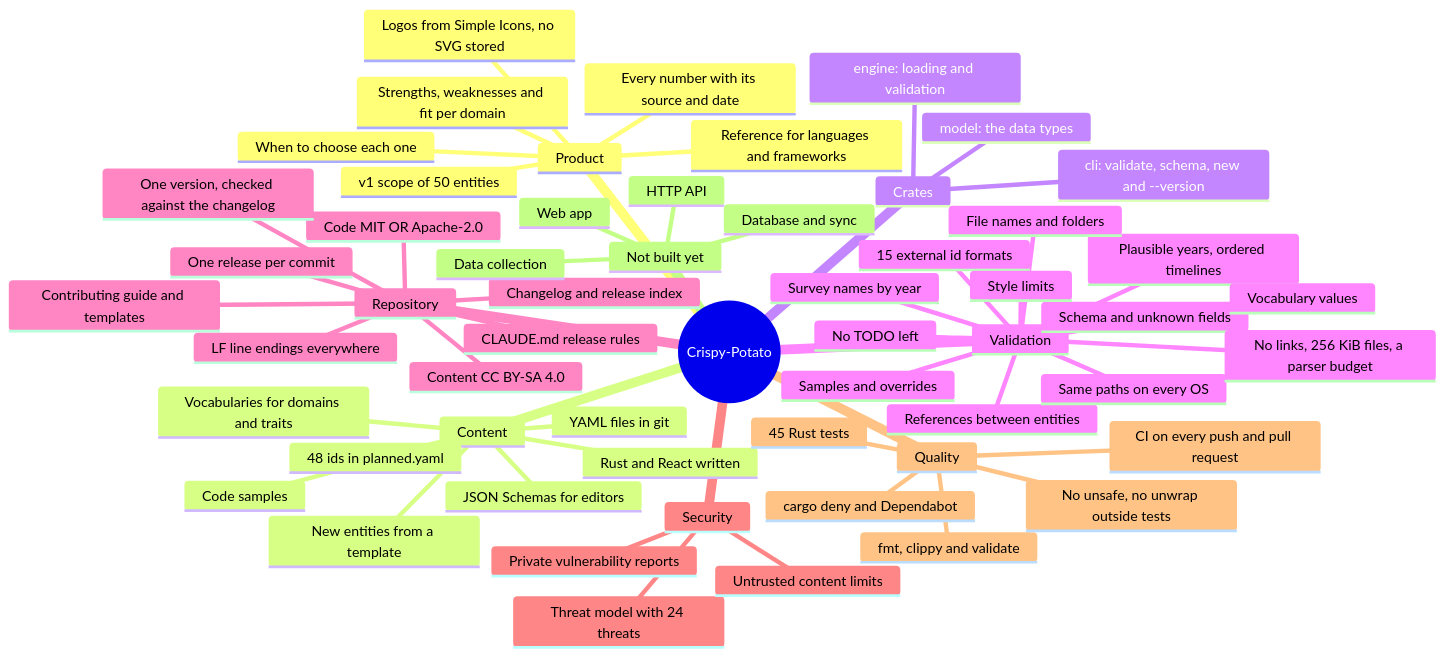
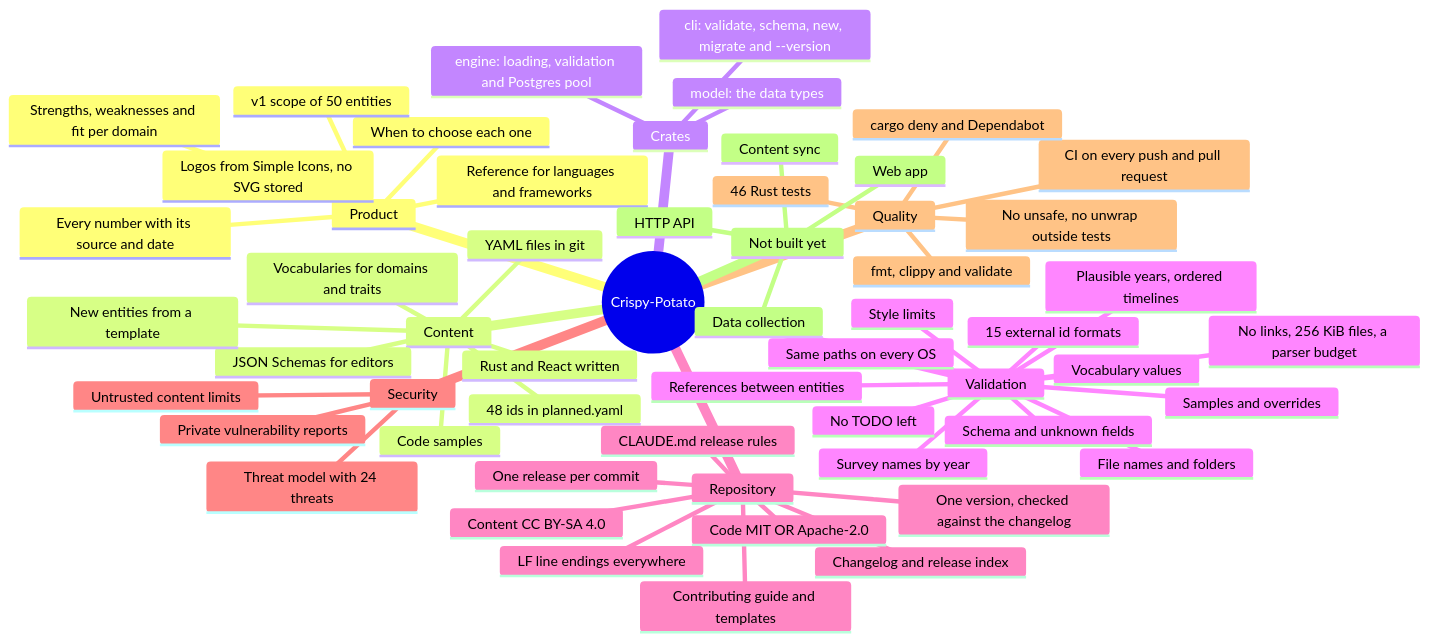
The first of 2 diagrams in docs/MINDMAP.md (winksen/Crispy-Potato), drawn with Mermaid before and after one commit. The commit also changed other lines of this file and 14 other files, not shown here.

````diff
--- a/docs/MINDMAP.md
+++ b/docs/MINDMAP.md
@@ -11,60 +11,60 @@
 ```mermaid
 mindmap
   root((Crispy-Potato))
     Product
       Reference for languages and frameworks
       Strengths, weaknesses and fit per domain
       When to choose each one
       Every number with its source and date
       Logos from Simple Icons, no SVG stored
       v1 scope of 50 entities
     Content
       YAML files in git
       JSON Schemas for editors
       New entities from a template
       Rust and React written
       48 ids in planned.yaml
       Vocabularies for domains and traits
       Code samples
     Crates
       model: the data types
-      engine: loading and validation
-      cli: validate, schema, new and --version
+      engine: loading, validation and Postgres pool
+      cli: validate, schema, new, migrate and --version
     Validation
       Schema and unknown fields
       15 external id formats
       Survey names by year
       Plausible years, ordered timelines
       File names and folders
       Vocabulary values
       References between entities
       Style limits
       Samples and overrides
       Same paths on every OS
       No links, 256 KiB files, a parser budget
       No TODO left
     Repository
       Code MIT OR Apache-2.0
       Content CC BY-SA 4.0
       One release per commit
       One version, checked against the changelog
       Changelog and release index
       CLAUDE.md release rules
       Contributing guide and templates
       LF line endings everywhere
     Security
       Threat model with 24 threats
       Untrusted content limits
       Private vulnerability reports
     Quality
-      45 Rust tests
+      46 Rust tests
       fmt, clippy and validate
       No unsafe, no unwrap outside tests
       CI on every push and pull request
       cargo deny and Dependabot
     Not built yet
-      Database and sync
+      Content sync
       Data collection
       HTTP API
       Web app
 ```
````
